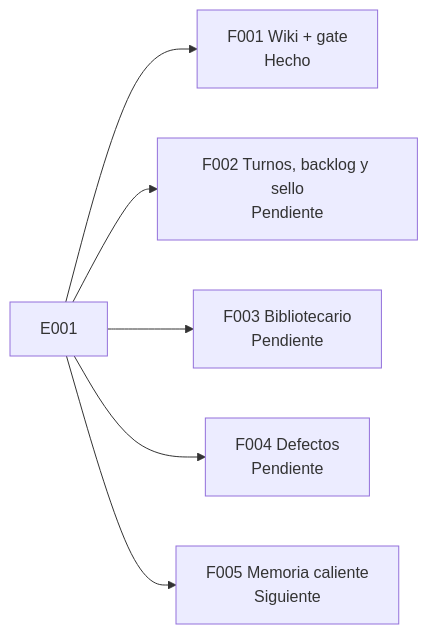
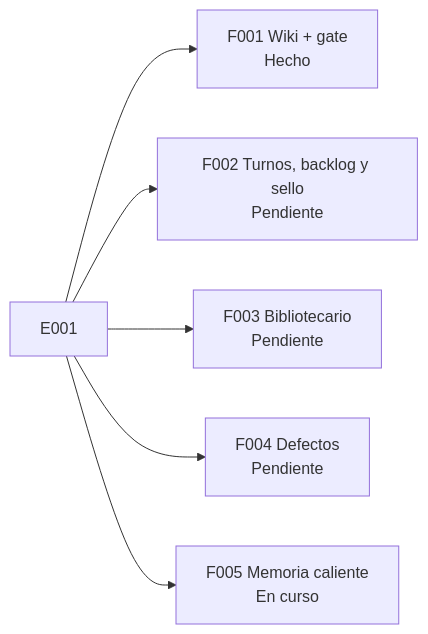
The second of 2 diagrams in docs/E001/README.md (jliberal-aquas/aquas-central-harness-government), drawn with Mermaid before and after one commit. The commit also changed other lines of this file and 10 other files, not shown here.

First line of the commit message:
Memoria caliente: archivo sellado que solo escribe aquas (E001/F005/S001)

````diff
--- a/docs/E001/README.md
+++ b/docs/E001/README.md
@@ -120,8 +120,8 @@
 ```mermaid
 flowchart LR
     E["E001"] --> F1["F001 Wiki + gate<br/>Hecho"]
     E --> F2["F002 Turnos, backlog y sello<br/>Pendiente"]
     E --> F3["F003 Bibliotecario<br/>Pendiente"]
     E --> F4["F004 Defectos<br/>Pendiente"]
-    E --> F5["F005 Memoria caliente<br/>Siguiente"]
+    E --> F5["F005 Memoria caliente<br/>En curso"]
 ```
````
